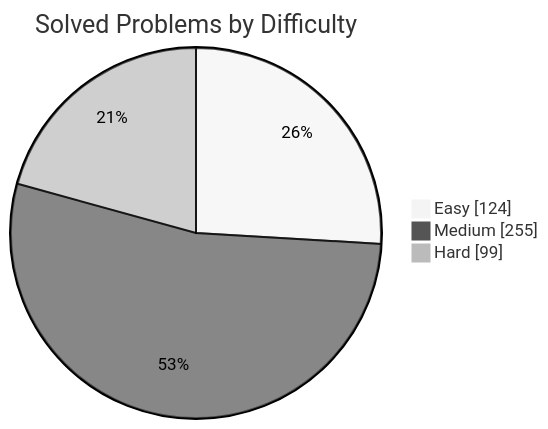
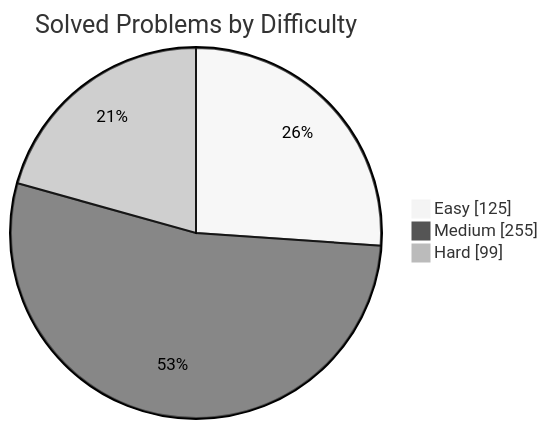
One commit to manikantbindass/DSA-Preparation-FAANG changed the first of 2 diagrams in README.md. Above: the diagram before and after it, drawn with Mermaid (neutral theme). The commit also changed other lines of this file and 2 other files, not shown here.

````diff
--- a/README.md
+++ b/README.md
@@ -77,7 +77,7 @@
 ```mermaid
 pie showData
     title Solved Problems by Difficulty
-    "Easy" : 124
+    "Easy" : 125
     "Medium" : 255
     "Hard" : 99
 ```
````
